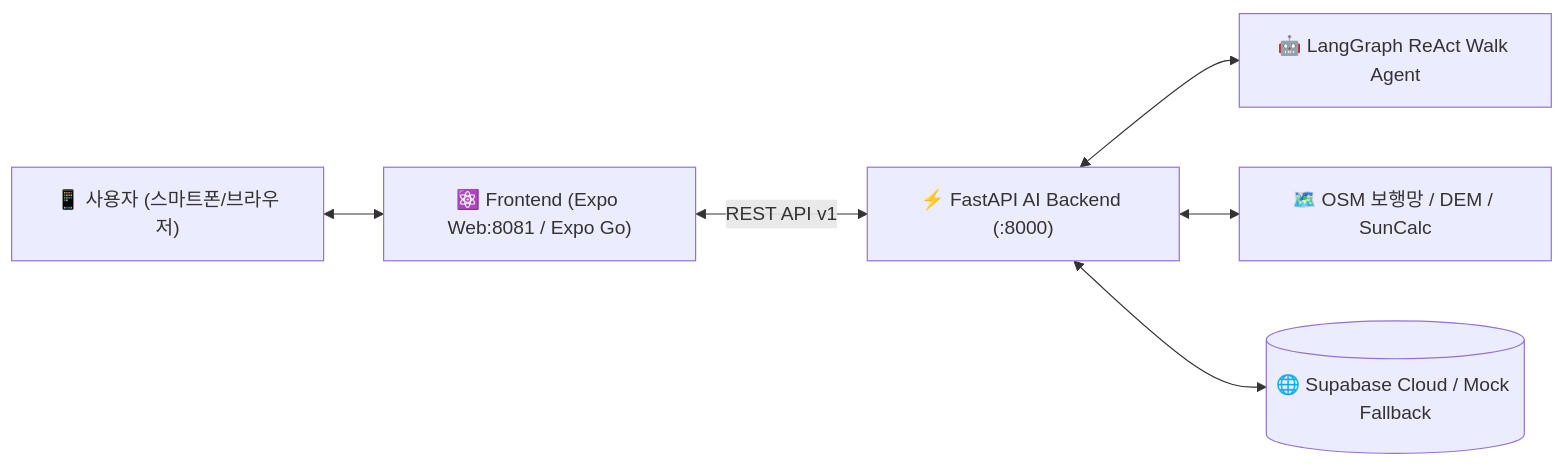
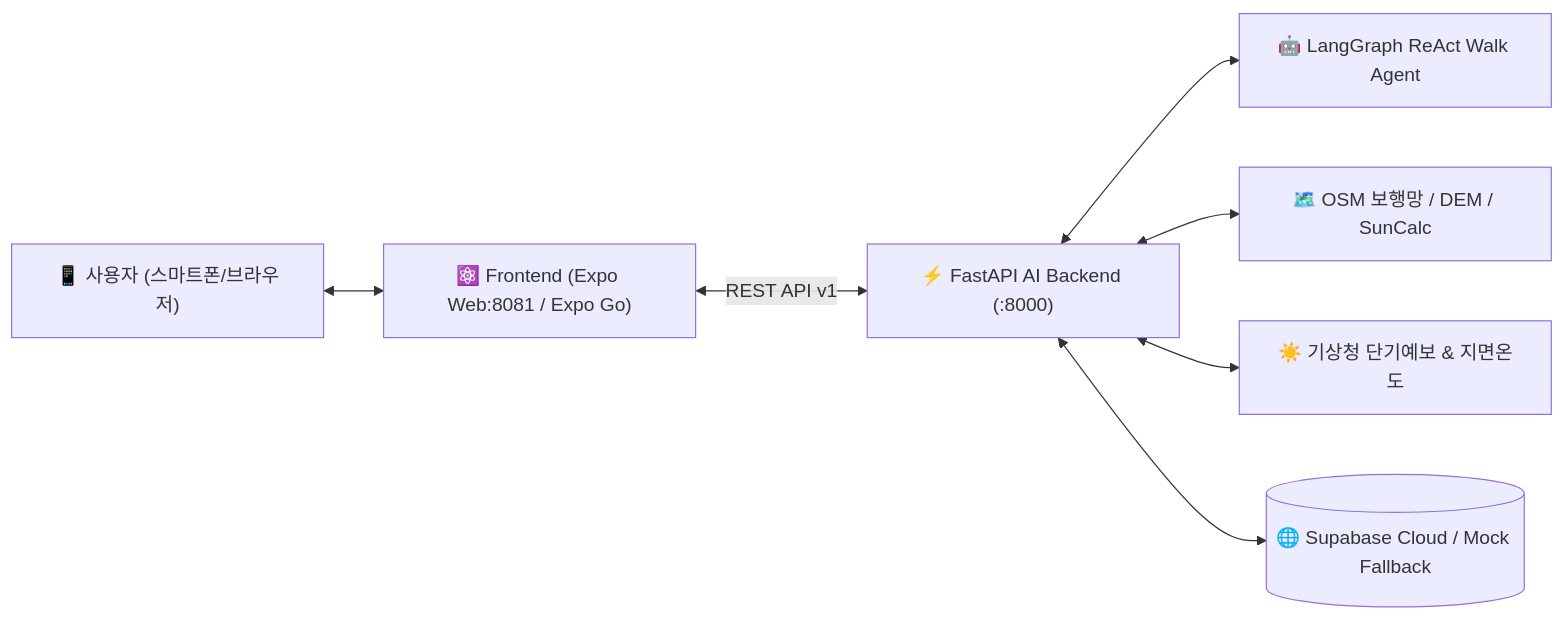
One commit to gigantess/pet_walk_t01 changed the first of 4 diagrams in README.md. Above: the diagram before and after it, drawn with Mermaid. The commit also changed other lines of this file and 8 other files, not shown here.

````diff
--- a/README.md
+++ b/README.md
@@ -22,8 +22,9 @@
 ```mermaid
 graph LR
     User["📱 사용자 (스마트폰/브라우저)"] <--> FE["⚛️ Frontend (Expo Web:8081 / Expo Go)"]
     FE <-->|REST API v1| BE["⚡ FastAPI AI Backend (:8000)"]
     BE <--> Agent["🤖 LangGraph ReAct Walk Agent"]
     BE <--> GIS["🗺️ OSM 보행망 / DEM / SunCalc"]
+    BE <--> KMA["☀️ 기상청 단기예보 & 지면온도"]
     BE <--> Supa[("🌐 Supabase Cloud / Mock Fallback")]
 ```
````
